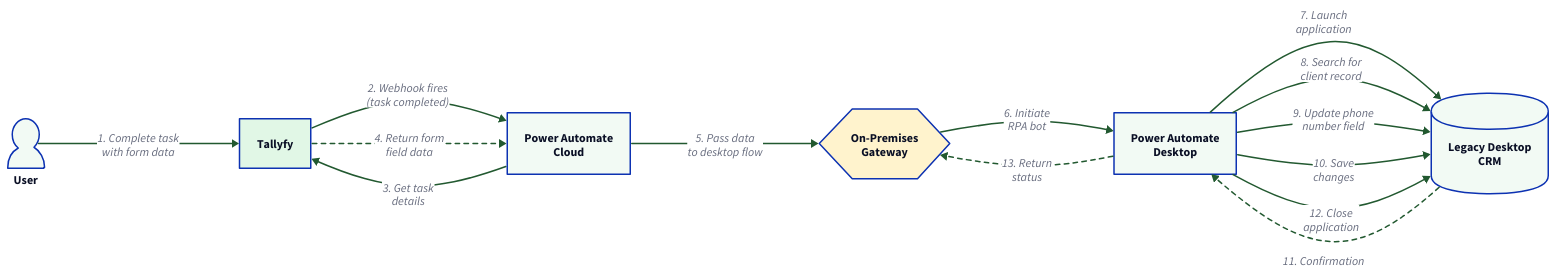
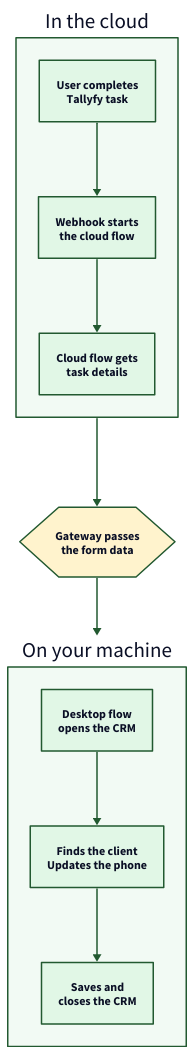
Before and after one commit to tallyfy/documentation: the diagram in src/content/docs/pro/integrations/middleware/power-automate/introduction-to-rpa-with-power-automate.mdx, drawn with D2. The commit also changed other lines of this file and 12 other files, not shown here.

First line of the commit message:
Redraw 14 diagrams on 13 help pages so their text reads at full size

````diff
--- a/src/content/docs/pro/integrations/middleware/power-automate/introduction-to-rpa-with-power-automate.mdx
+++ b/src/content/docs/pro/integrations/middleware/power-automate/introduction-to-rpa-with-power-automate.mdx
@@ -64,88 +64,65 @@
 ```d2
-direction: right
+# RPA flow: Tallyfy data reaches a legacy desktop CRM
+direction: down
 
-User: "User" {
-  shape: person
+Cloud: "In the cloud" {
   style.fill: "#f2faf4"
+  style.stroke: "#225930"
+
+  Done: "User completes\nTallyfy task" {
+    style.fill: "#e1f7e6"
+    style.stroke: "#225930"
+  }
+  Hook: "Webhook starts\nthe cloud flow" {
+    style.fill: "#e1f7e6"
+    style.stroke: "#225930"
+  }
+  Get: "Cloud flow gets\ntask details" {
+    style.fill: "#e1f7e6"
+    style.stroke: "#225930"
+  }
+  Done -> Hook: {
+    style.stroke: "#225930"
+  }
+  Hook -> Get: {
+    style.stroke: "#225930"
+  }
 }
 
-Tallyfy: "Tallyfy" {
-  shape: rectangle
-  style.fill: "#e1f7e6"
-}
-
-CloudFlow: "Power Automate\nCloud" {
-  shape: rectangle
-  style.fill: "#f2faf4"
-}
-
-Gateway: "On-Premises\nGateway" {
+Gateway: "Gateway passes\nthe form data" {
   shape: hexagon
   style.fill: "#fff3cd"
-}
-
-DesktopFlow: "Power Automate\nDesktop" {
-  shape: rectangle
-  style.fill: "#f2faf4"
-}
-
-LegacyCRM: "Legacy Desktop\nCRM" {
-  shape: cylinder
-  style.fill: "#f2faf4"
-}
-
-User -> Tallyfy: "1. Complete task\nwith form data" {
   style.stroke: "#225930"
 }
 
-Tallyfy -> CloudFlow: "2. Webhook fires\n(task completed)" {
+Local: "On your machine" {
+  style.fill: "#f2faf4"
+  style.stroke: "#225930"
+
+  Open: "Desktop flow\nopens the CRM" {
+    style.fill: "#e1f7e6"
+    style.stroke: "#225930"
+  }
+  Edit: "Finds the client\nUpdates the phone" {
+    style.fill: "#e1f7e6"
+    style.stroke: "#225930"
+  }
+  Save: "Saves and\ncloses the CRM" {
+    style.fill: "#e1f7e6"
+    style.stroke: "#225930"
+  }
+  Open -> Edit: {
+    style.stroke: "#225930"
+  }
+  Edit -> Save: {
+    style.stroke: "#225930"
+  }
+}
+
+Cloud -> Gateway: {
   style.stroke: "#225930"
 }
-
-CloudFlow -> Tallyfy: "3. Get task\ndetails" {
+Gateway -> Local: {
   style.stroke: "#225930"
 }
-
-Tallyfy -> CloudFlow: "4. Return form\nfield data" {
-  style.stroke: "#225930"
-  style.stroke-dash: 3
-}
-
-CloudFlow -> Gateway: "5. Pass data\nto desktop flow" {
-  style.stroke: "#225930"
-}
-
-Gateway -> DesktopFlow: "6. Initiate\nRPA bot" {
-  style.stroke: "#225930"
-}
-
-DesktopFlow -> LegacyCRM: "7. Launch\napplication" {
-  style.stroke: "#225930"
-}
-
-DesktopFlow -> LegacyCRM: "8. Search for\nclient record" {
-  style.stroke: "#225930"
-}
-
-DesktopFlow -> LegacyCRM: "9. Update phone\nnumber field" {
-  style.stroke: "#225930"
-}
-
-DesktopFlow -> LegacyCRM: "10. Save\nchanges" {
-  style.stroke: "#225930"
-}
-
-LegacyCRM -> DesktopFlow: "11. Confirmation" {
-  style.stroke: "#225930"
-  style.stroke-dash: 3
-}
-
-DesktopFlow -> LegacyCRM: "12. Close\napplication" {
-  style.stroke: "#225930"
-}
-
-DesktopFlow -> Gateway: "13. Return\nstatus" {
-  style.stroke: "#225930"
-  style.stroke-dash: 3
-}
 ```
````
